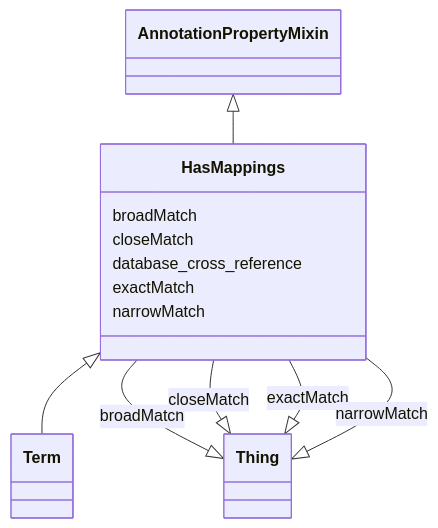
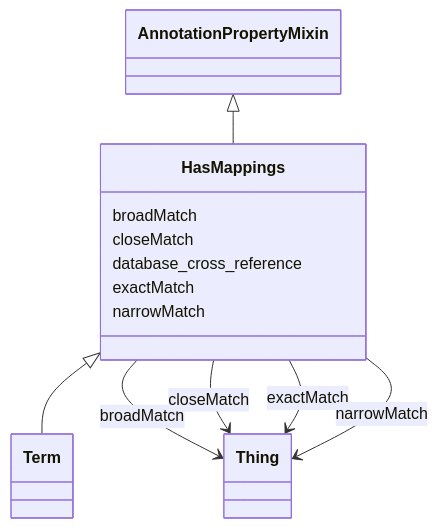
One commit to INCATools/ontology-access-kit changed the diagram in ontology-metadata/HasMappings.md. Above: the diagram before and after it, drawn with Mermaid. The commit also changed 389 other files, not shown here.

````diff
--- a/ontology-metadata/HasMappings.md
+++ b/ontology-metadata/HasMappings.md
@@ -10,29 +10,29 @@
 ```{mermaid}
  classDiagram
     class HasMappings
       AnnotationPropertyMixin <|-- HasMappings
       
 
       HasMappings <|-- Term
       
       
       HasMappings : broadMatch
         
-          HasMappings --|> Thing : broadMatch
+          HasMappings --> Thing : broadMatch
         
       HasMappings : closeMatch
         
-          HasMappings --|> Thing : closeMatch
+          HasMappings --> Thing : closeMatch
         
       HasMappings : database_cross_reference
         
       HasMappings : exactMatch
         
-          HasMappings --|> Thing : exactMatch
+          HasMappings --> Thing : exactMatch
         
       HasMappings : narrowMatch
         
-          HasMappings --|> Thing : narrowMatch
+          HasMappings --> Thing : narrowMatch
         
       
 ```
````
